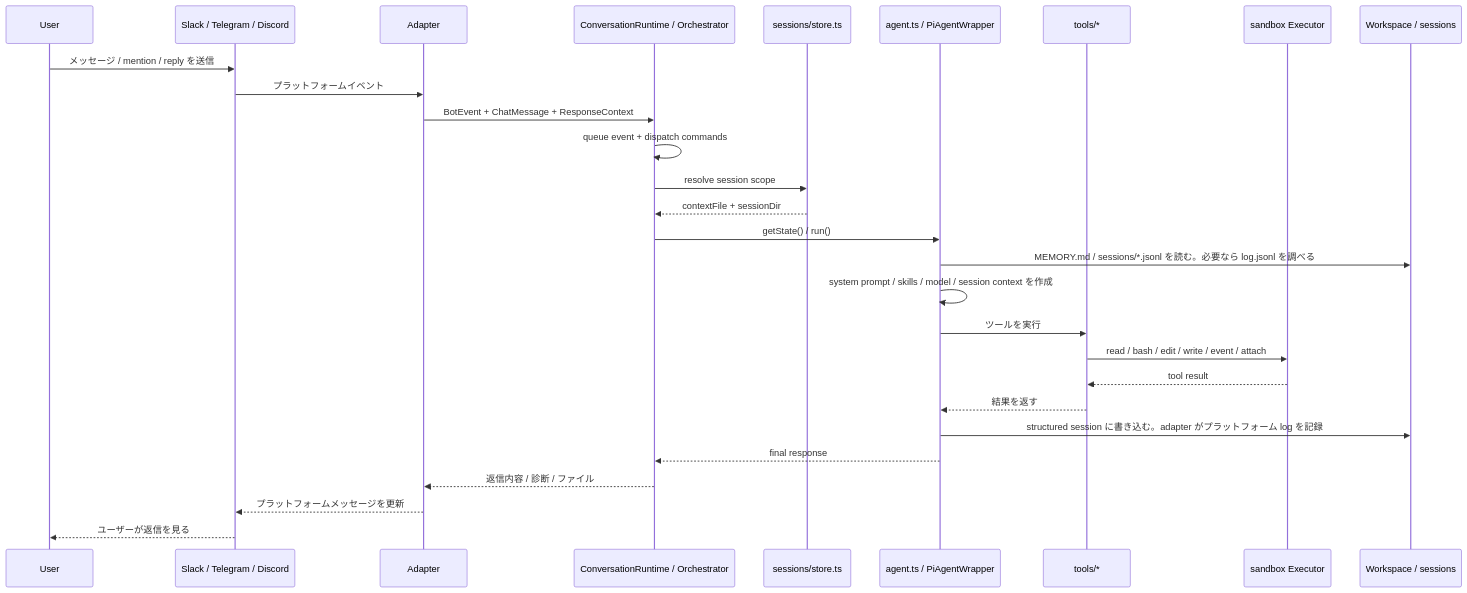
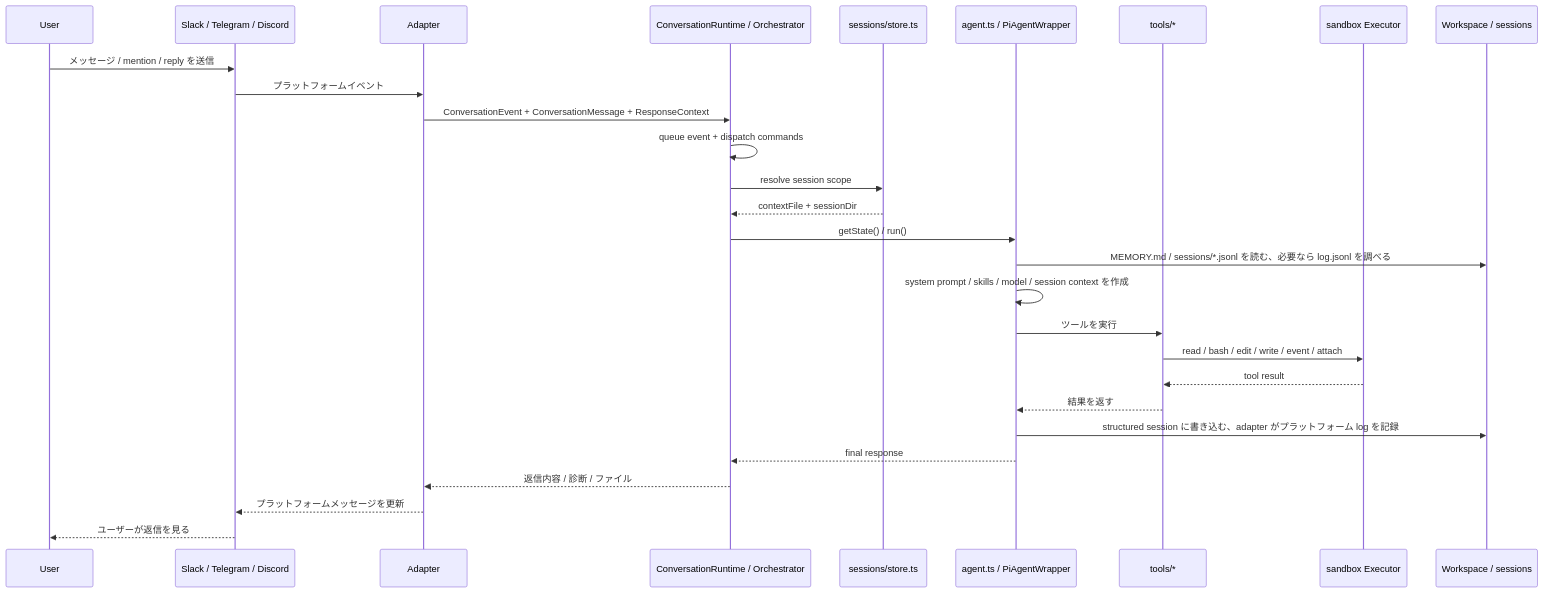
One commit to geminixiang/mikan changed the second of 3 diagrams in src/content/docs/ja/architecture.md. Above: the diagram before and after it, drawn with Mermaid. The commit also changed other lines of this file and 78 other files, not shown here.

````diff
--- a/src/content/docs/ja/architecture.md
+++ b/src/content/docs/ja/architecture.md
@@ -189,31 +189,31 @@
 ```mermaid
 sequenceDiagram
   participant U as User
   participant P as Slack / Telegram / Discord
   participant A as Adapter
   participant M as ConversationRuntime / Orchestrator
   participant S as sessions/store.ts
   participant R as agent.ts / PiAgentWrapper
   participant T as tools/*
   participant X as sandbox Executor
   participant W as Workspace / sessions
 
   U->>P: メッセージ / mention / reply を送信
   P->>A: プラットフォームイベント
-  A->>M: BotEvent + ChatMessage + ResponseContext
+  A->>M: ConversationEvent + ConversationMessage + ResponseContext
   M->>M: queue event + dispatch commands
   M->>S: resolve session scope
   S-->>M: contextFile + sessionDir
   M->>R: getState() / run()
-  R->>W: MEMORY.md / sessions/*.jsonl を読む。必要なら log.jsonl を調べる
+  R->>W: MEMORY.md / sessions/*.jsonl を読む、必要なら log.jsonl を調べる
   R->>R: system prompt / skills / model / session context を作成
   R->>T: ツールを実行
   T->>X: read / bash / edit / write / event / attach
   X-->>T: tool result
   T-->>R: 結果を返す
-  R->>W: structured session に書き込む。adapter がプラットフォーム log を記録
+  R->>W: structured session に書き込む、adapter がプラットフォーム log を記録
   R-->>M: final response
   M-->>A: 返信内容 / 診断 / ファイル
   A-->>P: プラットフォームメッセージを更新
   P-->>U: ユーザーが返信を見る
 ```
````
